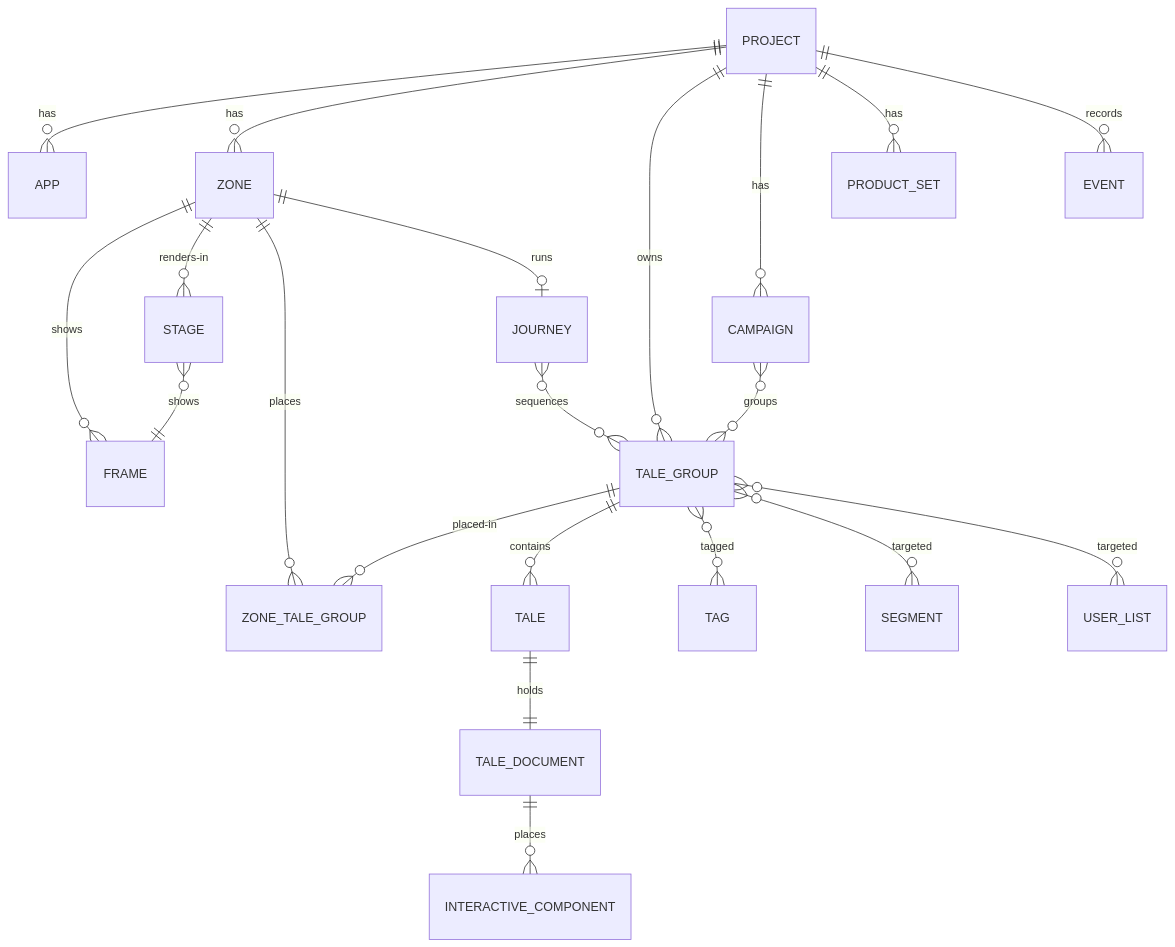
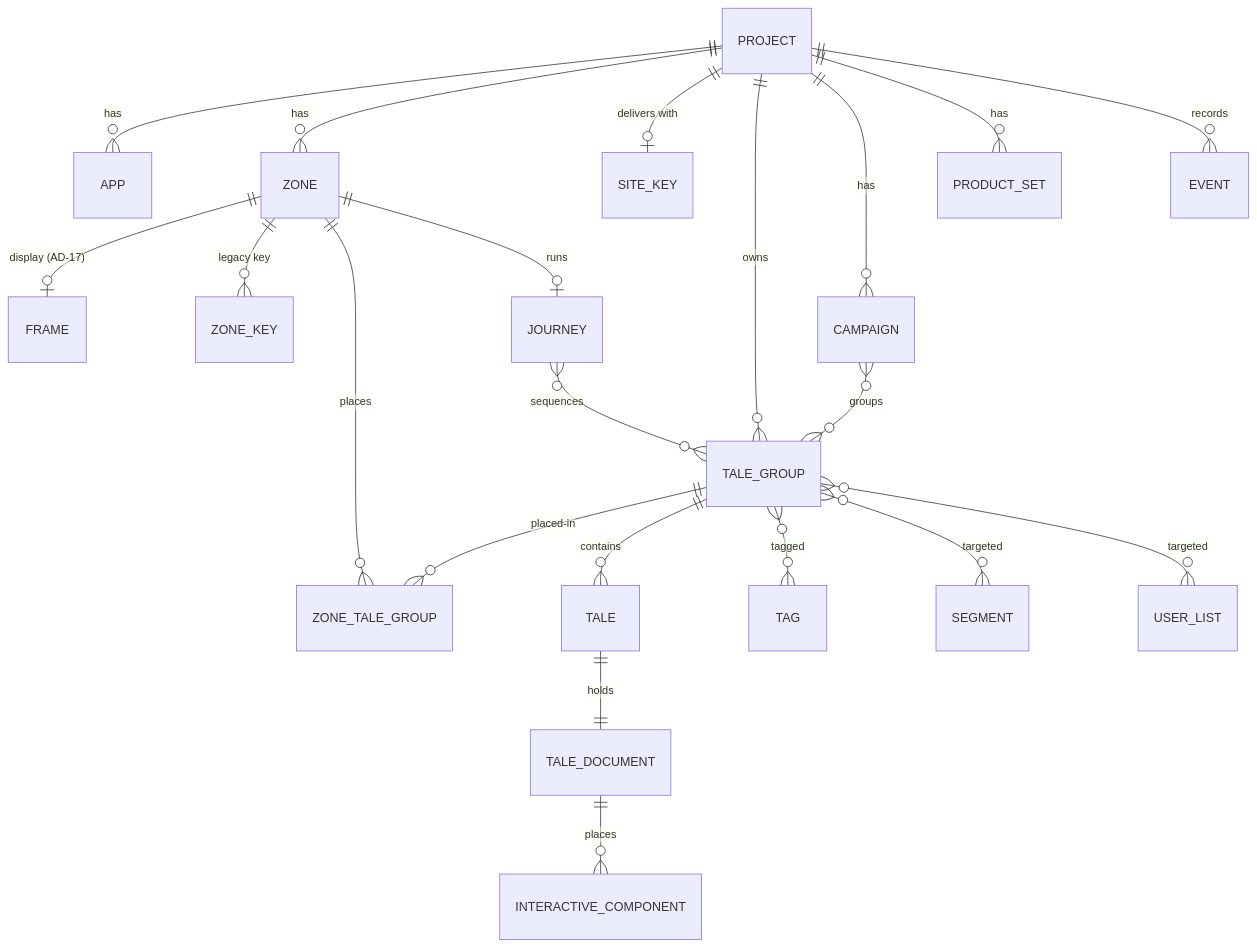
Before and after one commit to ido-lempert/Taleart: the third of 3 diagrams in _bmad-output/initiative-taleart/architecture-taleart/architecture-taleart.md, drawn with Mermaid. The commit also changed other lines of this file and 11 other files, not shown here.

````diff
--- a/_bmad-output/initiative-taleart/architecture-taleart/architecture-taleart.md
+++ b/_bmad-output/initiative-taleart/architecture-taleart/architecture-taleart.md
@@ -245,23 +270,23 @@
 ```mermaid
 erDiagram
   PROJECT ||--o{ APP : has
   PROJECT ||--o{ ZONE : has
-  ZONE ||--o{ FRAME : shows
-  ZONE ||--o{ STAGE : renders-in
-  STAGE }o--|| FRAME : shows
+  ZONE ||--o| FRAME : "display (AD-17)"
+  PROJECT ||--o| SITE_KEY : "delivers with"
+  ZONE ||--o{ ZONE_KEY : "legacy key"
   PROJECT ||--o{ TALE_GROUP : owns
   ZONE ||--o{ ZONE_TALE_GROUP : places
   TALE_GROUP ||--o{ ZONE_TALE_GROUP : placed-in
   TALE_GROUP ||--o{ TALE : contains
   TALE ||--|| TALE_DOCUMENT : holds
   TALE_DOCUMENT ||--o{ INTERACTIVE_COMPONENT : places
   TALE_GROUP }o--o{ TAG : tagged
   TALE_GROUP }o--o{ SEGMENT : targeted
   TALE_GROUP }o--o{ USER_LIST : targeted
   PROJECT ||--o{ CAMPAIGN : has
   CAMPAIGN }o--o{ TALE_GROUP : groups
   ZONE ||--o| JOURNEY : runs
   JOURNEY }o--o{ TALE_GROUP : sequences
   PROJECT ||--o{ PRODUCT_SET : has
   PROJECT ||--o{ EVENT : records
 ```
````
